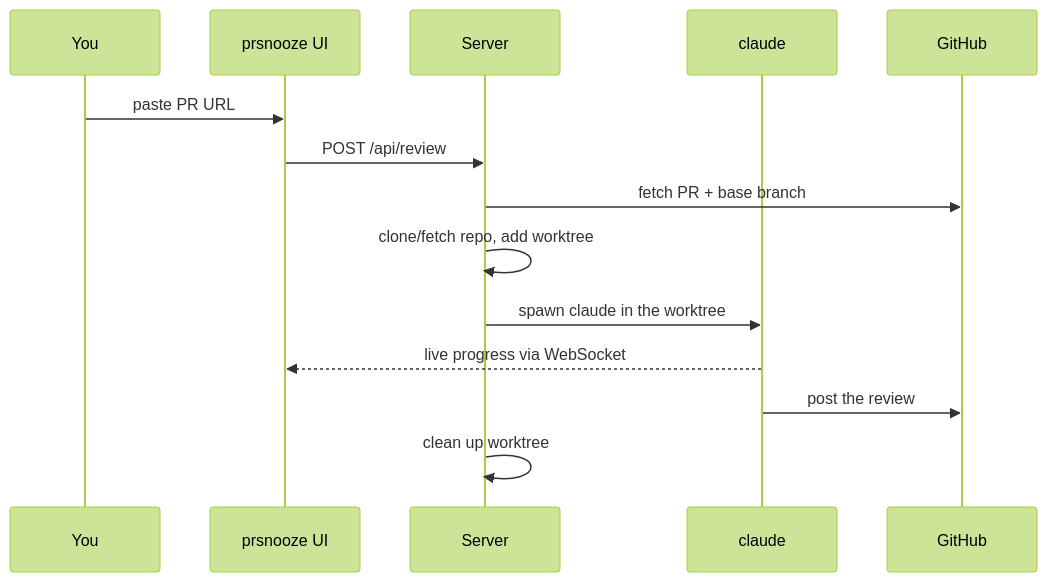
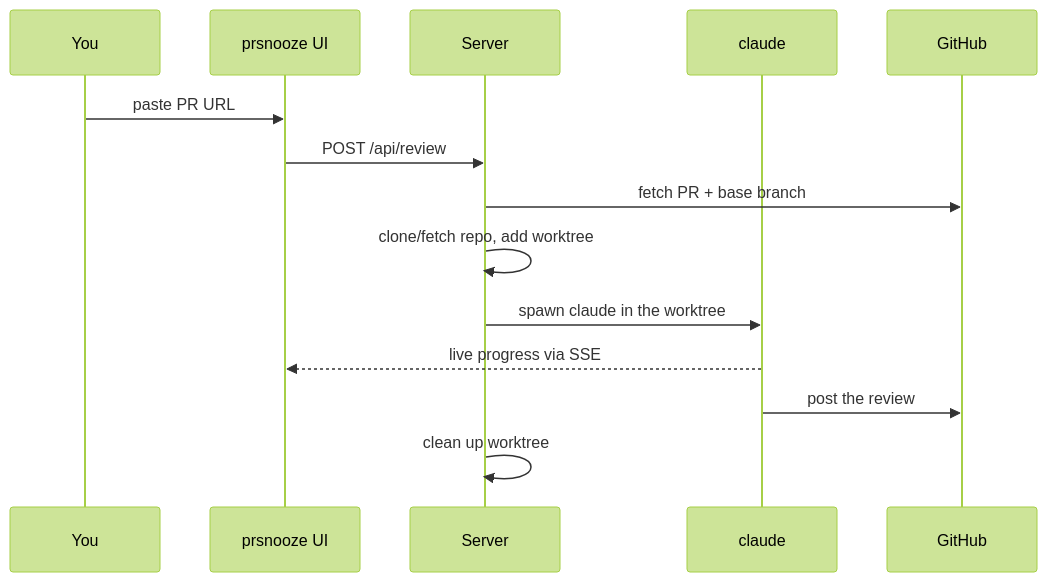
Before and after one commit to mahsanamin/prsnooze: the diagram in README.md, drawn with Mermaid (forest theme). The commit also changed other lines of this file, not shown here.

First line of the commit message:
Fix transport labeling: SSE for per-job stream, WebSocket only for /ws

````diff
--- a/README.md
+++ b/README.md
@@ -84,17 +84,17 @@
 ```mermaid
 sequenceDiagram
   participant U as You
   participant W as prsnooze UI
   participant S as Server
   participant CL as claude
   participant GH as GitHub
 
   U->>W: paste PR URL
   W->>S: POST /api/review
   S->>GH: fetch PR + base branch
   S->>S: clone/fetch repo, add worktree
   S->>CL: spawn claude in the worktree
-  CL-->>W: live progress via WebSocket
+  CL-->>W: live progress via SSE
   CL->>GH: post the review
   S->>S: clean up worktree
 ```
````
